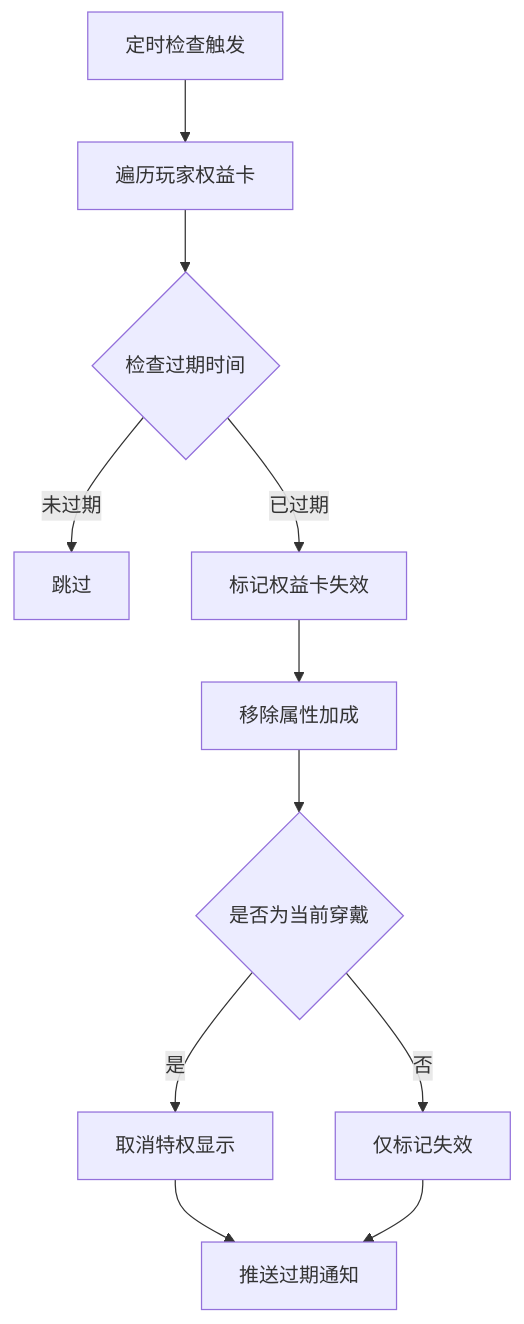
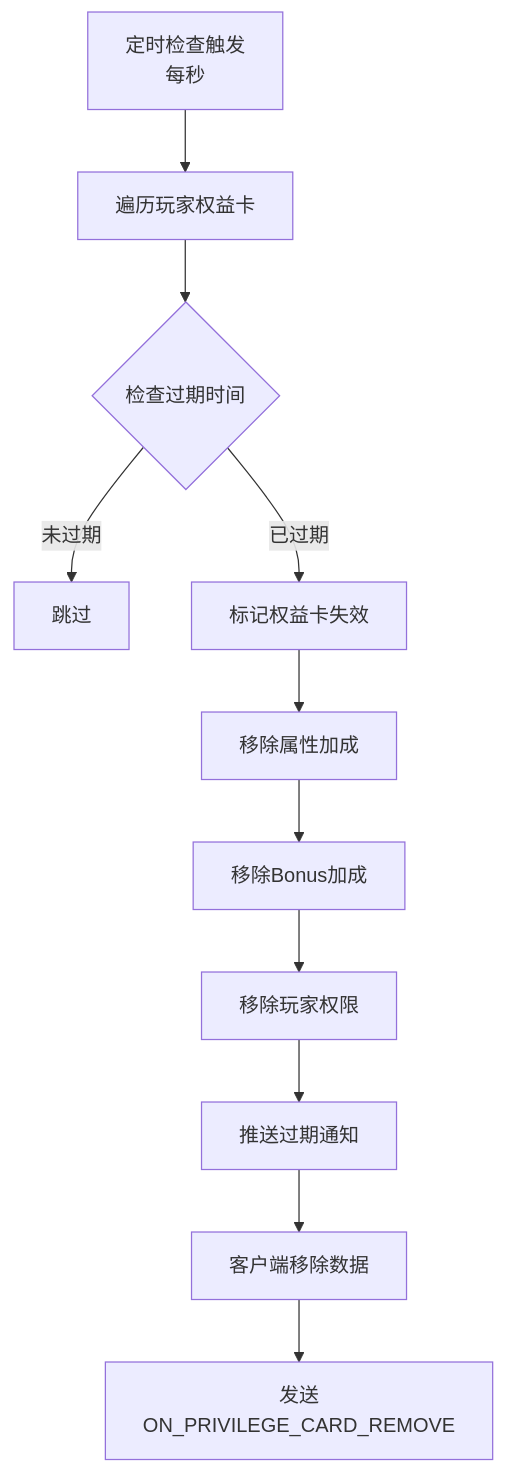
Before and after one commit to Alan-Ben/k2c_game_framework: the fifth of 6 diagrams in docs/Module_PrivilegeCard/05_完整说明.md, drawn with Mermaid. The commit also changed other lines of this file and 5 other files, not shown here.

````diff
--- a/docs/Module_PrivilegeCard/05_完整说明.md
+++ b/docs/Module_PrivilegeCard/05_完整说明.md
@@ -141,13 +167,13 @@
 ```mermaid
 flowchart TD
-    A[定时检查触发] --> B[遍历玩家权益卡]
+    A[定时检查触发<br/>每秒] --> B[遍历玩家权益卡]
     B --> C{检查过期时间}
     C -->|未过期| D[跳过]
     C -->|已过期| E[标记权益卡失效]
     E --> F[移除属性加成]
-    F --> G{是否为当前穿戴}
-    G -->|是| H[取消特权显示]
-    G -->|否| I[仅标记失效]
-    H --> J[推送过期通知]
-    I --> J
+    F --> G[移除Bonus加成]
+    G --> H[移除玩家权限]
+    H --> I[推送过期通知]
+    I --> J[客户端移除数据]
+    J --> K[发送ON_PRIVILEGE_CARD_REMOVE]
 ```
````
